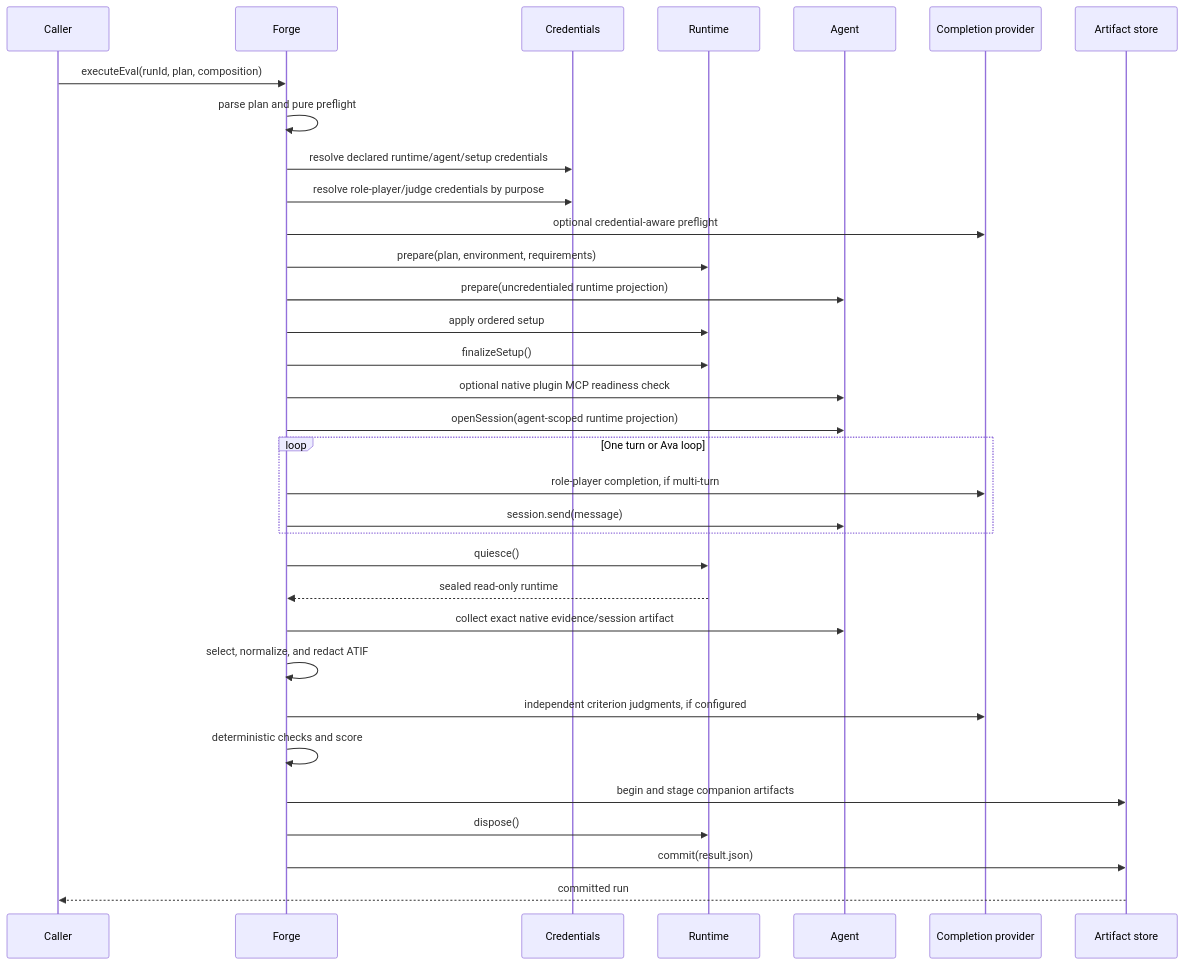
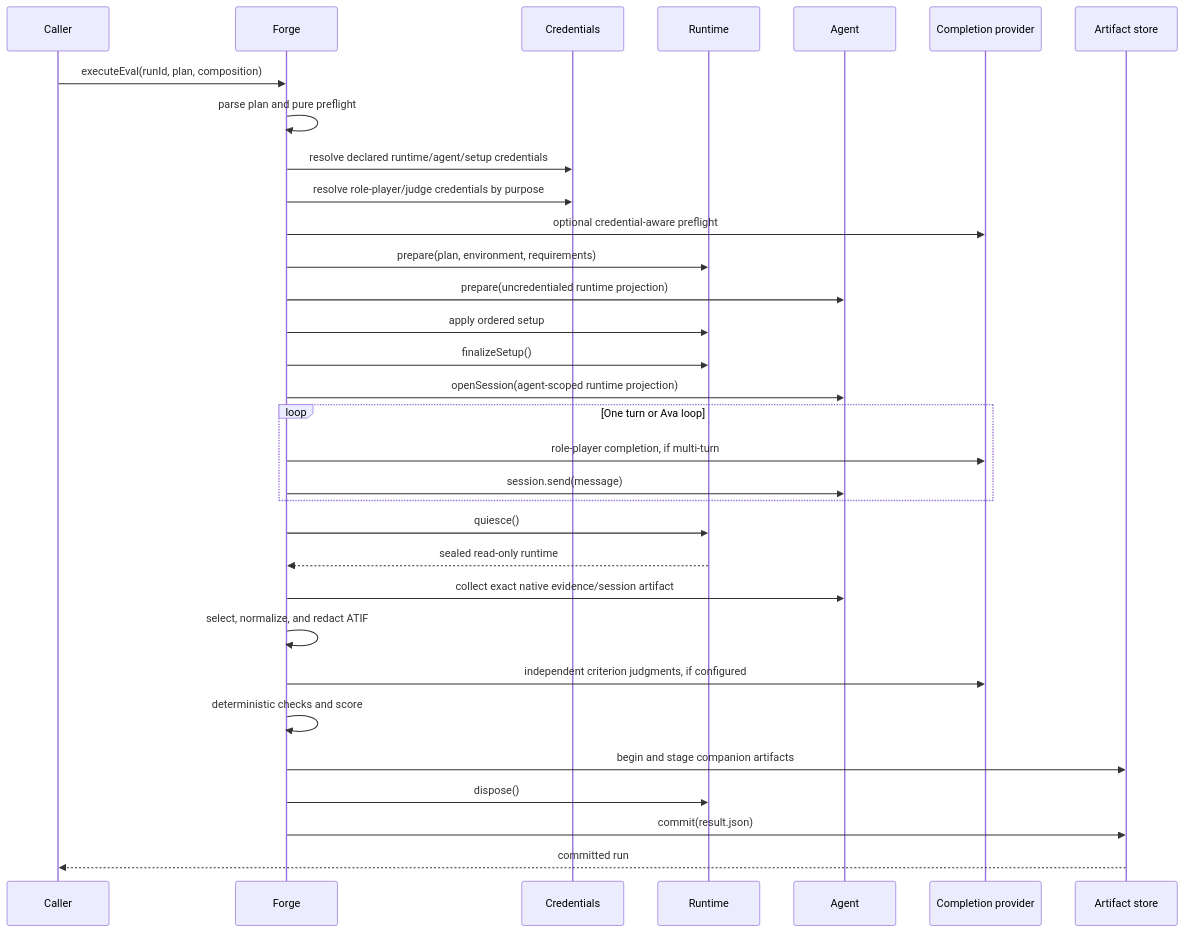
The second of 3 diagrams in docs/architecture.md (stripe/forge), drawn with Mermaid before and after one commit. The commit also changed other lines of this file and 21 other files, not shown here.

````diff
--- a/docs/architecture.md
+++ b/docs/architecture.md
@@ -453,36 +453,35 @@
 ```mermaid
 sequenceDiagram
     participant Caller
     participant Forge
     participant Credentials
     participant Runtime
     participant Agent
     participant Completion as Completion provider
     participant Store as Artifact store
 
     Caller->>Forge: executeEval(runId, plan, composition)
     Forge->>Forge: parse plan and pure preflight
     Forge->>Credentials: resolve declared runtime/agent/setup credentials
     Forge->>Credentials: resolve role-player/judge credentials by purpose
     Forge->>Completion: optional credential-aware preflight
     Forge->>Runtime: prepare(plan, environment, requirements)
     Forge->>Agent: prepare(uncredentialed runtime projection)
     Forge->>Runtime: apply ordered setup
     Forge->>Runtime: finalizeSetup()
-    Forge->>Agent: optional native plugin MCP readiness check
     Forge->>Agent: openSession(agent-scoped runtime projection)
     loop One turn or Ava loop
         Forge->>Completion: role-player completion, if multi-turn
         Forge->>Agent: session.send(message)
     end
     Forge->>Runtime: quiesce()
     Runtime-->>Forge: sealed read-only runtime
     Forge->>Agent: collect exact native evidence/session artifact
     Forge->>Forge: select, normalize, and redact ATIF
     Forge->>Completion: independent criterion judgments, if configured
     Forge->>Forge: deterministic checks and score
     Forge->>Store: begin and stage companion artifacts
     Forge->>Runtime: dispose()
     Forge->>Store: commit(result.json)
     Store-->>Caller: committed run
 ```
````
